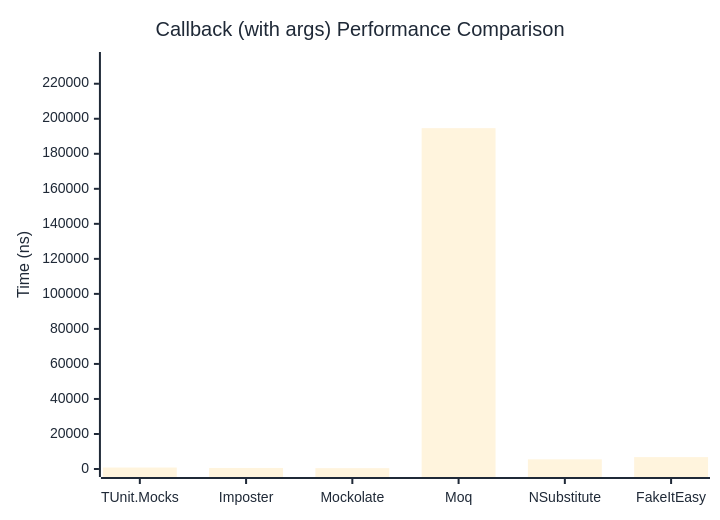
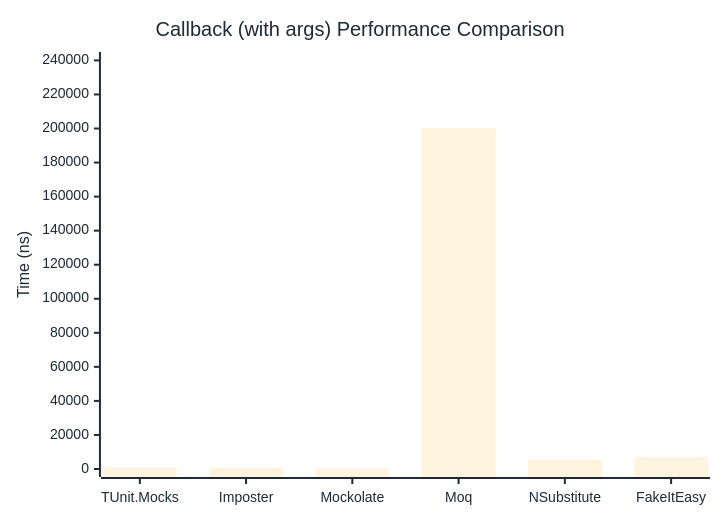
The second of 2 diagrams in docs/docs/benchmarks/mocks/Callback.md (thomhurst/TUnit), drawn with Mermaid before and after one commit. The commit also changed other lines of this file and 14 other files, not shown here.

````diff
--- a/docs/docs/benchmarks/mocks/Callback.md
+++ b/docs/docs/benchmarks/mocks/Callback.md
@@ -71,27 +71,27 @@
 ```mermaid
 %%{init: {
   'theme':'base',
   'themeVariables': {
     'primaryColor': '#2563eb',
     'primaryTextColor': '#1f2937',
     'primaryBorderColor': '#1e40af',
     'lineColor': '#6b7280',
     'secondaryColor': '#7c3aed',
     'tertiaryColor': '#dc2626',
     'background': '#ffffff',
     'pie1': '#2563eb',
     'pie2': '#7c3aed',
     'pie3': '#dc2626',
     'pie4': '#f59e0b',
     'pie5': '#10b981',
     'pie6': '#06b6d4',
     'pie7': '#ec4899',
     'pie8': '#6366f1'
   }
 }}%%
 xychart-beta
   title "Callback (with args) Performance Comparison"
   x-axis ["TUnit.Mocks", "Imposter", "Mockolate", "Moq", "NSubstitute", "FakeItEasy"]
-  y-axis "Time (ns)" 0 --> 233554
-  bar [832.2, 594.9, 481.1, 194628, 5513.9, 6800.9]
+  y-axis "Time (ns)" 0 --> 240239
+  bar [901.4, 782.8, 462.7, 200198.9, 5486.9, 7071.5]
 ```
````
